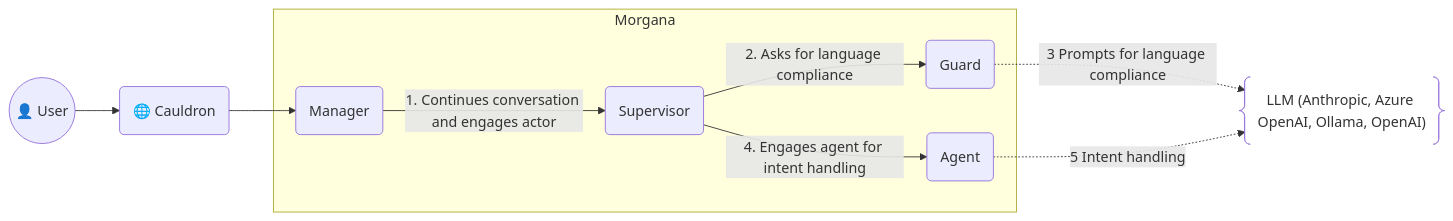
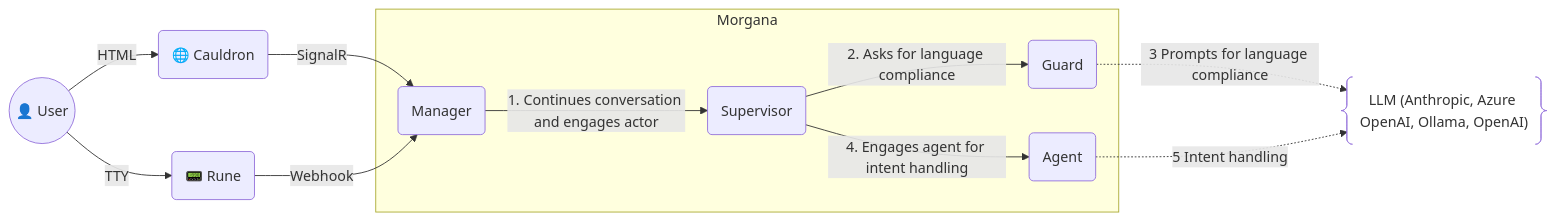
One commit to mdesalvo/Morgana changed the second of 2 diagrams in README.md. Above: the diagram before and after it, drawn with Mermaid. The commit also changed other lines of this file and 30 other files, not shown here.

````diff
--- a/README.md
+++ b/README.md
@@ -143,26 +146,28 @@
 ```mermaid
 graph LR
-  %% Frontend
-  U@{shape: circle, label: "👤 User"} --> CLD@{shape: rounded, label: "🌐 Cauldron"}
+  %% Channels (reference clients, out-of-the-box)
+  U@{shape: circle, label: "👤 User"} -- HTML --> CLD@{shape: rounded, label: "🌐 Cauldron"}
+  U -- TTY --> RUN@{shape: rounded, label: "📟 Rune"}
 
   %% Backend boundary
   subgraph Morgana["Morgana"]
     CM@{shape: rounded, label: "Manager"}
     SV@{shape: rounded, label: "Supervisor"}
 
     G@{shape: rounded, label: "Guard"}
     MA@{shape: rounded, label: "Agent"}
   end
 
-  %% FE → BE
-  CLD --> CM
+  %% Channel → BE
+  CLD -- SignalR --> CM
+  RUN -- Webhook --> CM
   CM -- 1. Continues conversation and engages actor --> SV
 
   %% Internal BE flow
   SV -- 2. Asks for language compliance --> G
   SV -- 4. Engages agent for intent handling --> MA
 
   %% External systems
   G -. 3 Prompts for language compliance .-> LLM@{shape: braces, label: "LLM (Anthropic, Azure OpenAI, Ollama, OpenAI)"}
   MA -. 5 Intent handling .-> LLM
 ```
````
